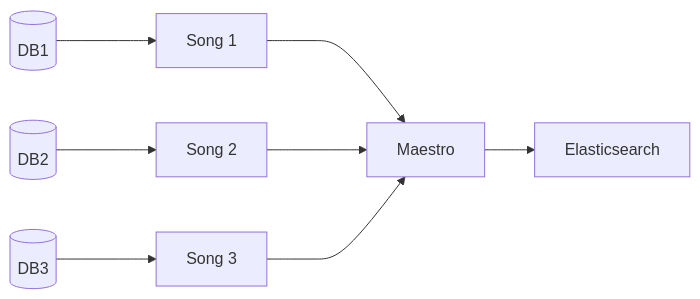
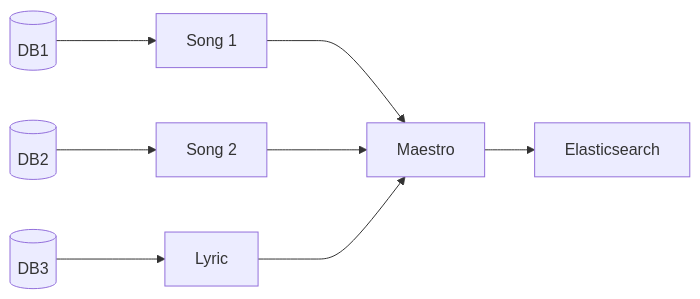
The diagram in docs/overview.md (overture-stack/maestro), drawn with Mermaid before and after one commit. The commit also changed other lines of this file and 6 other files, not shown here.

````diff
--- a/docs/overview.md
+++ b/docs/overview.md
@@ -9,9 +11,9 @@
     ```mermaid
     graph LR
         SD1[(DB1)]--->SS1[Song 1]
         SD2[(DB2)]--->SS2[Song 2]
-        SD3[(DB3)]--->SS3[Song 3]
-        SS1 & SS2 & SS3--->M[Maestro]
+        LD[(DB3)]--->LY[Lyric]
+        SS1 & SS2 & LY--->M[Maestro]
         M-->ES[Elasticsearch]
 
     ```
````
